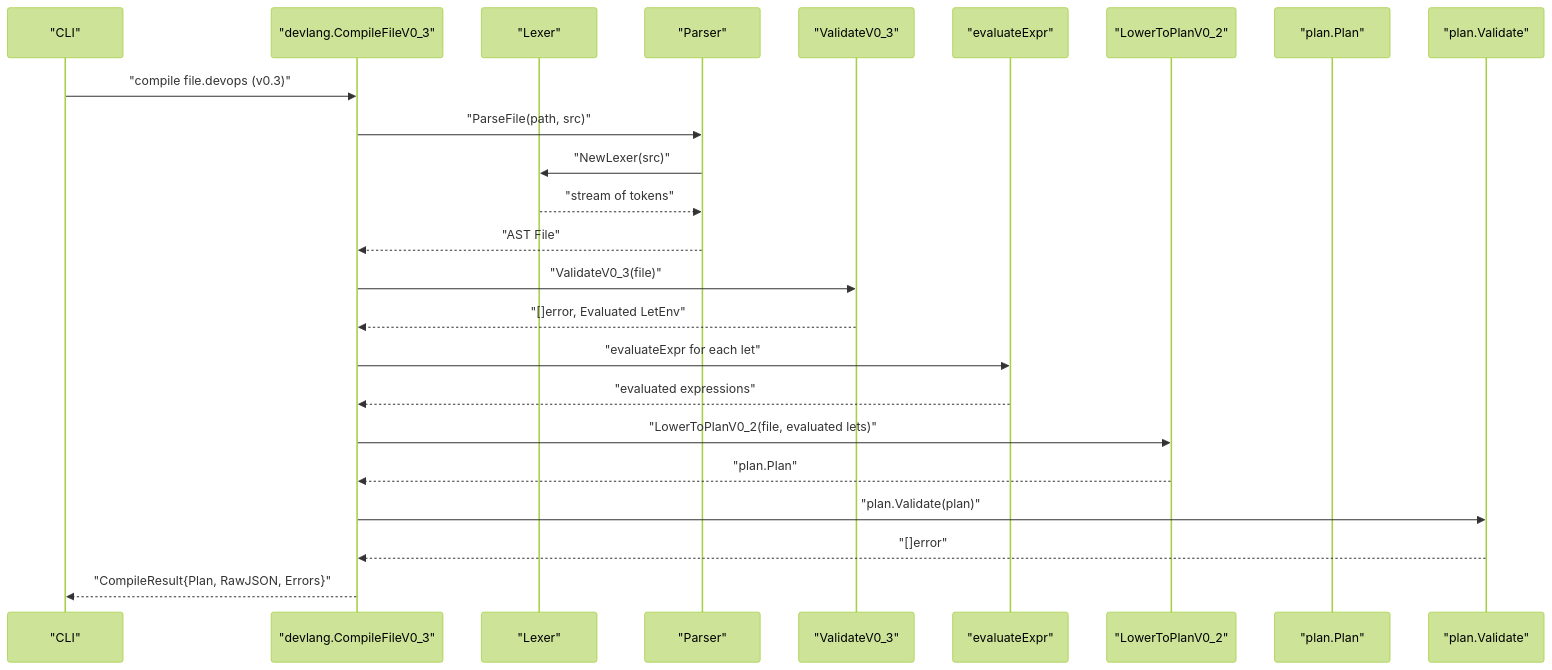
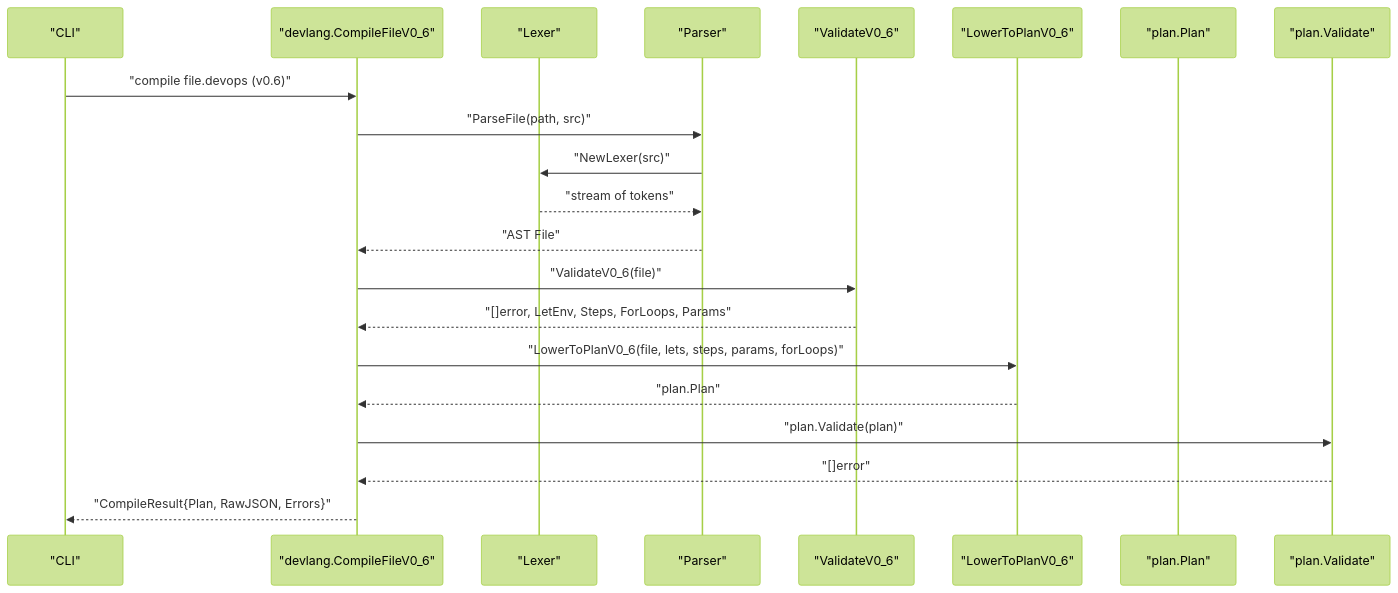
The second of 8 diagrams in .qoder/repowiki/en/content/.devops Language Reference/Language Syntax and Grammar.md (ahmednour1430464/dotdevops), drawn with Mermaid (forest theme) before and after one commit. The commit also changed other lines of this file and 12 other files, not shown here.

````diff
--- a/.qoder/repowiki/en/content/.devops Language Reference/Language Syntax and Grammar.md
+++ b/.qoder/repowiki/en/content/.devops Language Reference/Language Syntax and Grammar.md
@@ -116,26 +150,23 @@
 ```mermaid
 sequenceDiagram
 participant CLI as "CLI"
-participant DevLang as "devlang.CompileFileV0_3"
+participant DevLang as "devlang.CompileFileV0_6"
 participant Lexer as "Lexer"
 participant Parser as "Parser"
-participant Validator as "ValidateV0_3"
-participant Evaluator as "evaluateExpr"
-participant Lower as "LowerToPlanV0_2"
+participant Validator as "ValidateV0_6"
+participant Lower as "LowerToPlanV0_6"
 participant Plan as "plan.Plan"
 participant Schema as "plan.Validate"
-CLI->>DevLang : "compile file.devops (v0.3)"
+CLI->>DevLang : "compile file.devops (v0.6)"
 DevLang->>Parser : "ParseFile(path, src)"
 Parser->>Lexer : "NewLexer(src)"
 Lexer-->>Parser : "stream of tokens"
 Parser-->>DevLang : "AST File"
-DevLang->>Validator : "ValidateV0_3(file)"
-Validator-->>DevLang : "[]error, Evaluated LetEnv"
-DevLang->>Evaluator : "evaluateExpr for each let"
-Evaluator-->>DevLang : "evaluated expressions"
-DevLang->>Lower : "LowerToPlanV0_2(file, evaluated lets)"
+DevLang->>Validator : "ValidateV0_6(file)"
+Validator-->>DevLang : "[]error, LetEnv, Steps, ForLoops, Params"
+DevLang->>Lower : "LowerToPlanV0_6(file, lets, steps, params, forLoops)"
 Lower-->>DevLang : "plan.Plan"
 DevLang->>Schema : "plan.Validate(plan)"
 Schema-->>DevLang : "[]error"
 DevLang-->>CLI : "CompileResult{Plan, RawJSON, Errors}"
 ```
````
